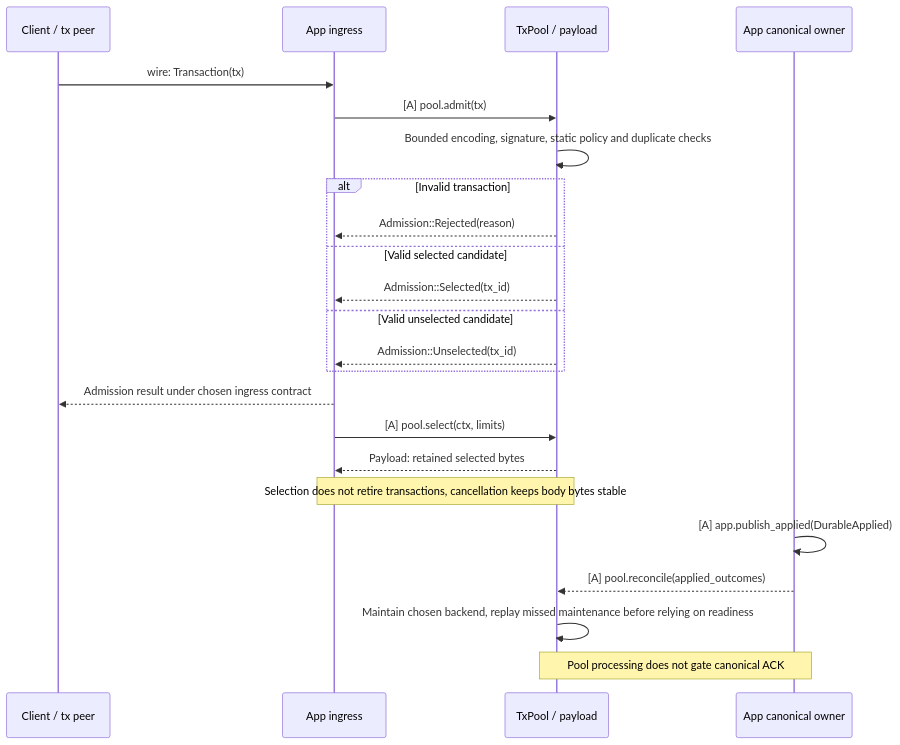
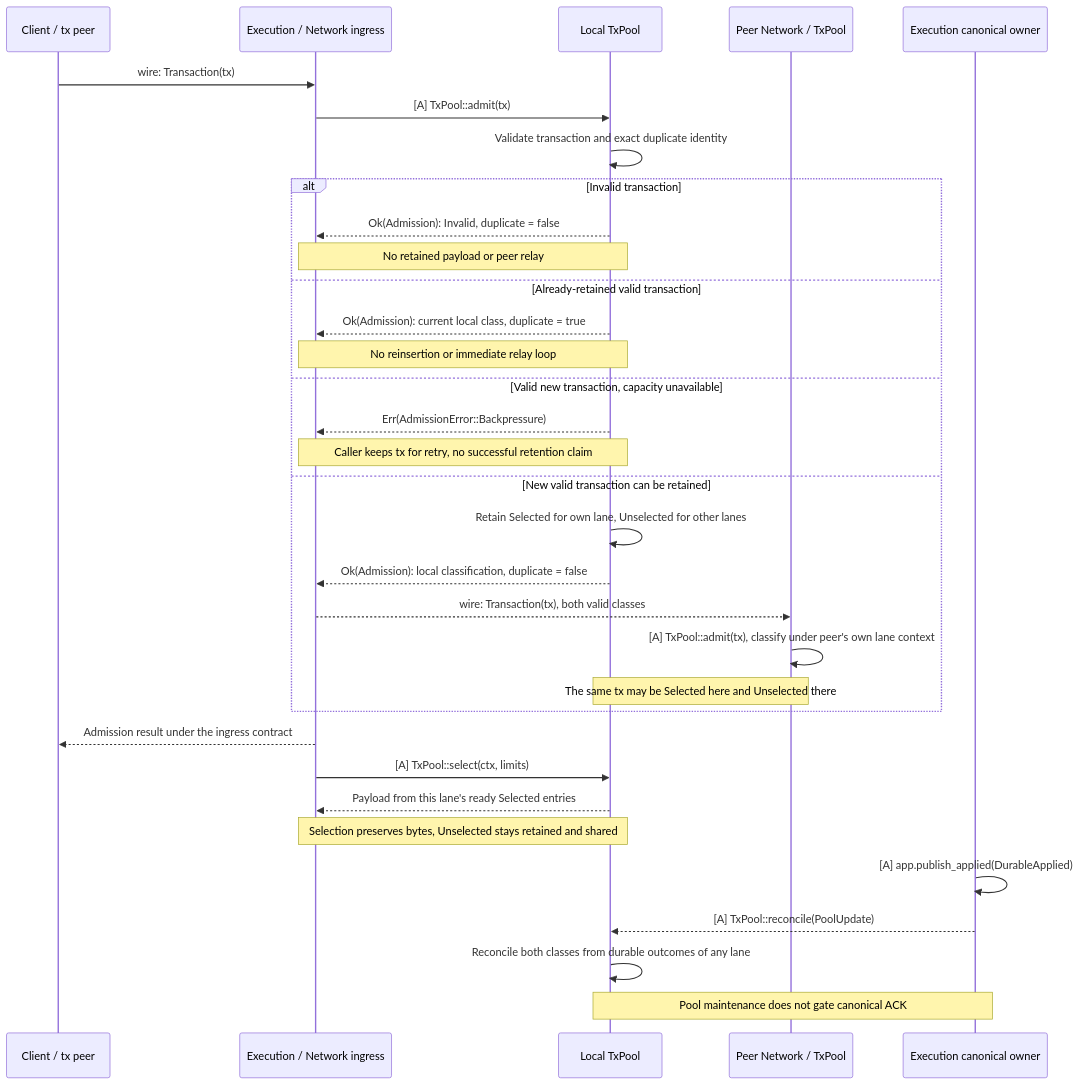
The third of 3 diagrams in docs/02-e2e/01-transaction-to-state.md (djm07073/baton), drawn with Mermaid before and after one commit. The commit also changed other lines of this file and 26 other files, not shown here.

Commit message:
feat: define lane-aware shared transaction pool contracts

````diff
--- a/docs/02-e2e/01-transaction-to-state.md
+++ b/docs/02-e2e/01-transaction-to-state.md
@@ -117,25 +118,35 @@
 ```mermaid
 sequenceDiagram
     participant C as Client / tx peer
-    participant A as App ingress
-    participant P as TxPool / payload
-    participant W as App canonical owner
+    participant A as Execution / Network ingress
+    participant P as Local TxPool
+    participant Q as Peer Network / TxPool
+    participant W as Execution canonical owner
     C->>A: wire: Transaction(tx)
-    A->>P: [A] pool.admit(tx)
-    P->>P: Bounded encoding, signature, static policy and duplicate checks
+    A->>P: [A] TxPool::admit(tx)
+    P->>P: Validate transaction and exact duplicate identity
     alt Invalid transaction
-        P-->>A: Admission::Rejected(reason)
-    else Valid selected candidate
-        P-->>A: Admission::Selected(tx_id)
-    else Valid unselected candidate
-        P-->>A: Admission::Unselected(tx_id)
+        P-->>A: Ok(Admission): Invalid, duplicate = false
+        Note over A,P: No retained payload or peer relay
+    else Already-retained valid transaction
+        P-->>A: Ok(Admission): current local class, duplicate = true
+        Note over A,P: No reinsertion or immediate relay loop
+    else Valid new transaction, capacity unavailable
+        P-->>A: Err(AdmissionError::Backpressure)
+        Note over A,P: Caller keeps tx for retry, no successful retention claim
+    else New valid transaction can be retained
+        P->>P: Retain Selected for own lane, Unselected for other lanes
+        P-->>A: Ok(Admission): local classification, duplicate = false
+        A-->>Q: wire: Transaction(tx), both valid classes
+        Q->>Q: [A] TxPool::admit(tx), classify under peer's own lane context
+        Note over P,Q: The same tx may be Selected here and Unselected there
     end
-    A-->>C: Admission result under chosen ingress contract
-    A->>P: [A] pool.select(ctx, limits)
-    P-->>A: Payload: retained selected bytes
-    Note over A,P: Selection does not retire transactions, cancellation keeps body bytes stable
+    A-->>C: Admission result under the ingress contract
+    A->>P: [A] TxPool::select(ctx, limits)
+    P-->>A: Payload from this lane's ready Selected entries
+    Note over A,P: Selection preserves bytes, Unselected stays retained and shared
     W->>W: [A] app.publish_applied(DurableApplied)
-    W-->>P: [A] pool.reconcile(applied_outcomes)
-    P->>P: Maintain chosen backend, replay missed maintenance before relying on readiness
-    Note over W,P: Pool processing does not gate canonical ACK
+    W-->>P: [A] TxPool::reconcile(PoolUpdate)
+    P->>P: Reconcile both classes from durable outcomes of any lane
+    Note over W,P: Pool maintenance does not gate canonical ACK
 ```
````
